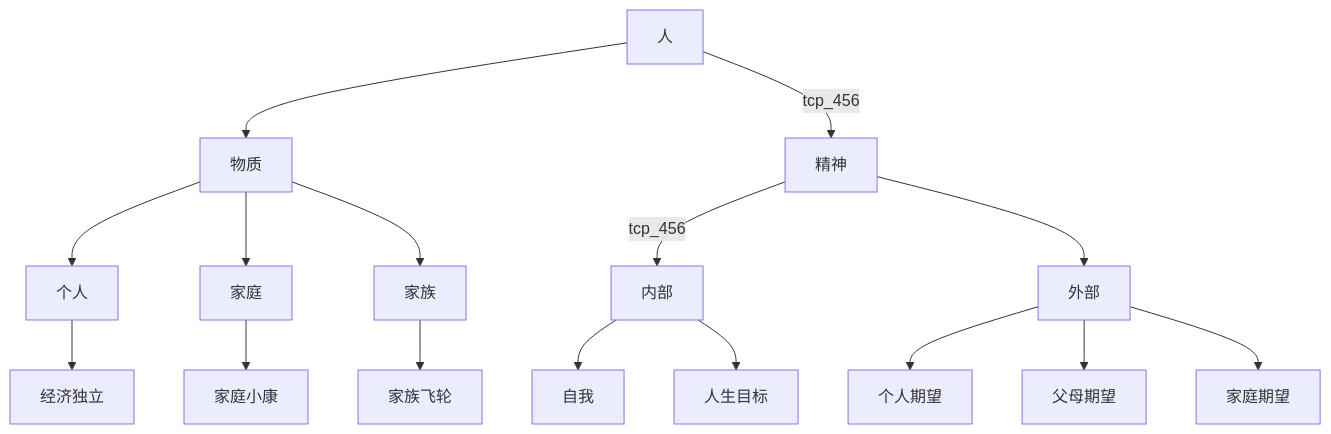
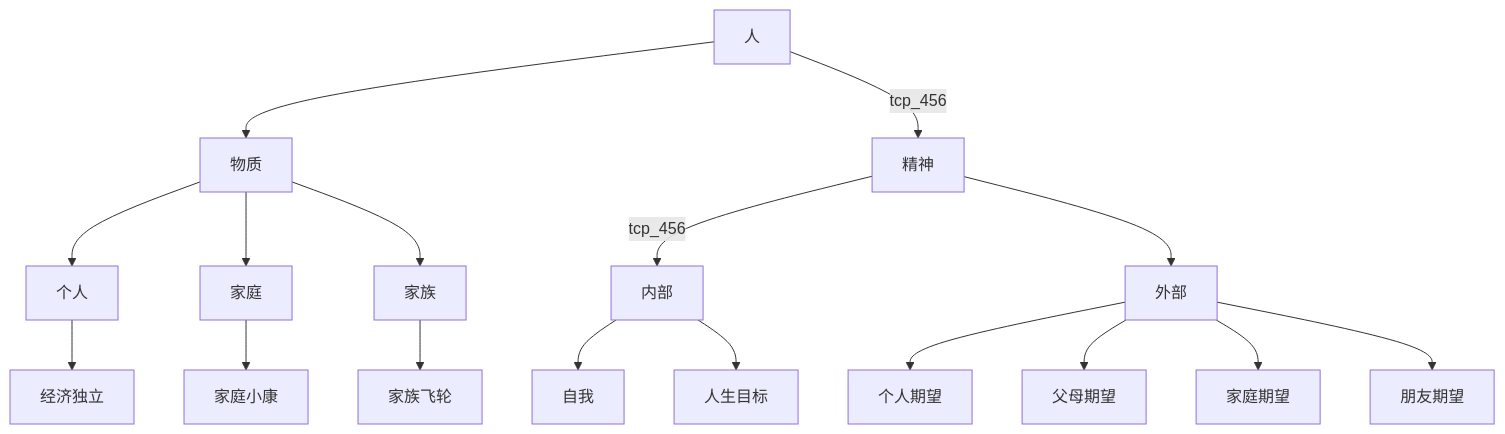
Before and after one commit to lzktest/blog: the diagram in content/post/inbox/lifeThinking/一个人的构成思考.md, drawn with Mermaid. The commit also changed 1 other file, not shown here.

````diff
--- a/content/post/inbox/lifeThinking/一个人的构成思考.md
+++ b/content/post/inbox/lifeThinking/一个人的构成思考.md
@@ -38,18 +38,18 @@
 ```mermaid
             graph TD
 
             A[人] -->B1[物质]
             A -->|tcp_456| B2[精神]
             B1 --> c11[个人] --> d111[经济独立]
             B1 --> c12[家庭] --> d121[家庭小康]
             B1 --> c13[家族] --> d131[家族飞轮]
             B2 -->|tcp_456| c21[内部]
             c21 --> d211[自我]
             c21 --> d212[人生目标]
             B2 --> c22[外部]
             c22 --> d221[个人期望]
             c22 --> d222[父母期望]
             c22 --> d223[家庭期望]
-
+            c22 --> d224[朋友期望]
 
 ```
````
